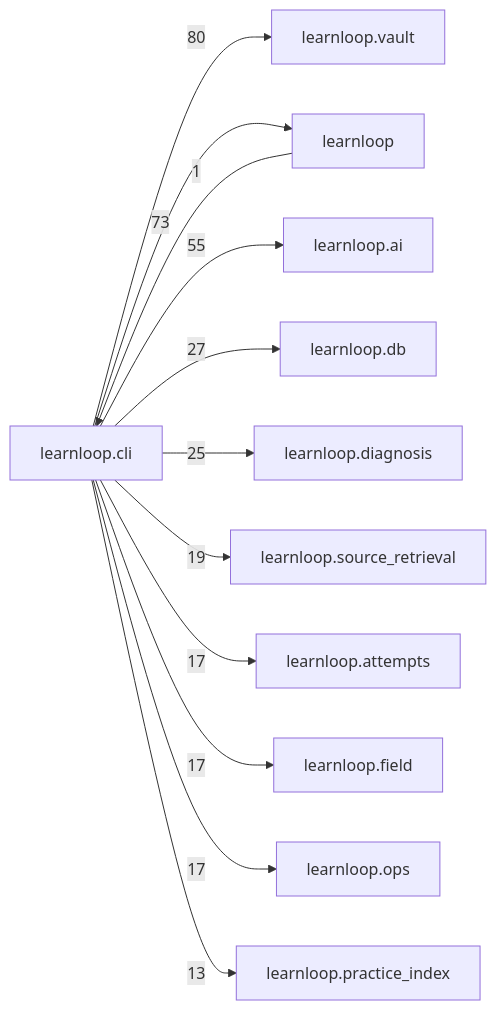
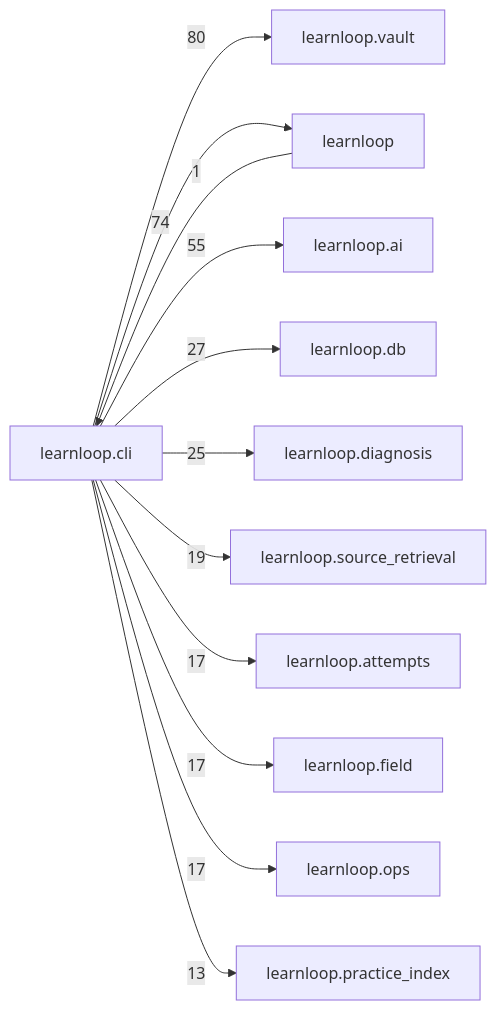
Before and after one commit to 6up-b/learnanything: the diagram in docs/learnloop-architecture-vault/Reference/Modules/learnloop/cli/_package.md, drawn with Mermaid. The commit also changed other lines of this file and 16 other files, not shown here.

````diff
--- a/docs/learnloop-architecture-vault/Reference/Modules/learnloop/cli/_package.md
+++ b/docs/learnloop-architecture-vault/Reference/Modules/learnloop/cli/_package.md
@@ -227,25 +227,25 @@
 ```mermaid
 flowchart LR
     center["learnloop.cli"]
     n_learnloop_vault["learnloop.vault"]
     n_learnloop["learnloop"]
     n_learnloop_ai["learnloop.ai"]
     n_learnloop_db["learnloop.db"]
     n_learnloop_diagnosis["learnloop.diagnosis"]
     n_learnloop_source_retrieval["learnloop.source_retrieval"]
     n_learnloop_attempts["learnloop.attempts"]
     n_learnloop_field["learnloop.field"]
     n_learnloop_ops["learnloop.ops"]
     n_learnloop_practice_index["learnloop.practice_index"]
     center -->|80| n_learnloop_vault
     n_learnloop -->|1| center
-    center -->|73| n_learnloop
+    center -->|74| n_learnloop
     center -->|55| n_learnloop_ai
     center -->|27| n_learnloop_db
     center -->|25| n_learnloop_diagnosis
     center -->|19| n_learnloop_source_retrieval
     center -->|17| n_learnloop_attempts
     center -->|17| n_learnloop_field
     center -->|17| n_learnloop_ops
     center -->|13| n_learnloop_practice_index
 ```
````
